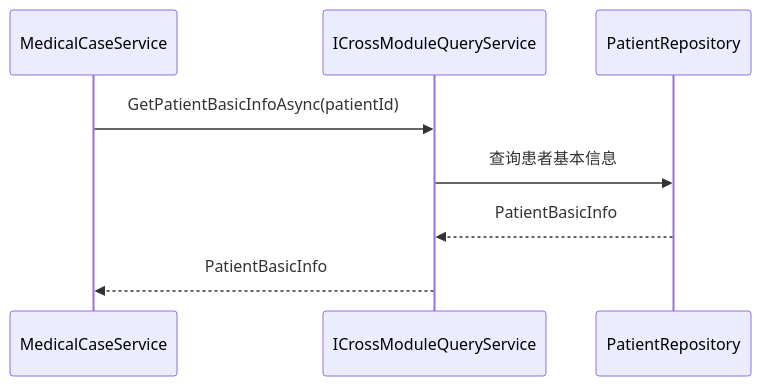
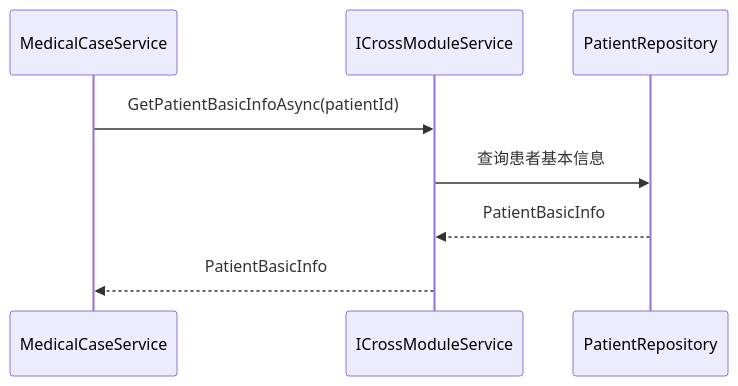
The fifth of 5 diagrams in docs/03-architecture/system-overview.md (shouqitao/LYBTZYZS), drawn with Mermaid before and after one commit. The commit also changed other lines of this file and 72 other files, not shown here.

````diff
--- a/docs/03-architecture/system-overview.md
+++ b/docs/03-architecture/system-overview.md
@@ -155,11 +155,11 @@
 ```mermaid
 sequenceDiagram
     participant MC as MedicalCaseService
-    participant CMS as ICrossModuleQueryService
+    participant CMS as ICrossModuleService
     participant PS as PatientRepository
 
     MC->>CMS: GetPatientBasicInfoAsync(patientId)
     CMS->>PS: 查询患者基本信息
     PS-->>CMS: PatientBasicInfo
     CMS-->>MC: PatientBasicInfo
 ```
````
